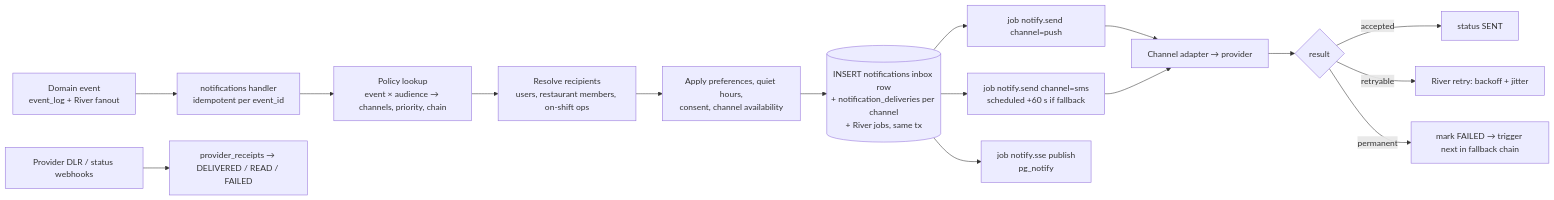
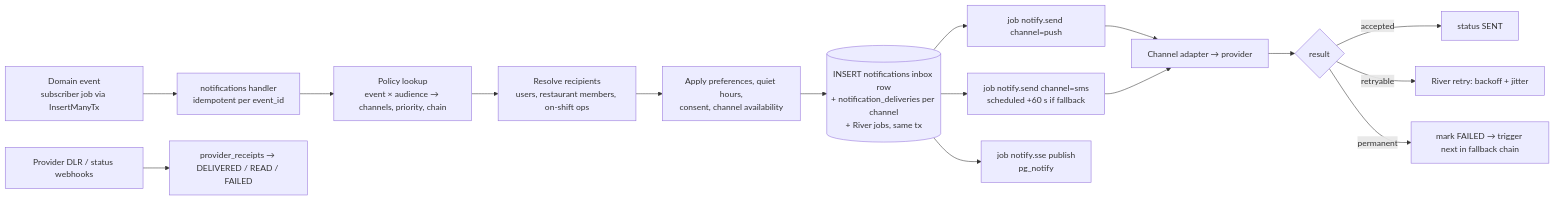
Before and after one commit to storetmobiles2-code/rovo: the first of 3 diagrams in docs/planning/15-notification-architecture.md, drawn with Mermaid. The commit also changed other lines of this file and 3 other files, not shown here.

````diff
--- a/docs/planning/15-notification-architecture.md
+++ b/docs/planning/15-notification-architecture.md
@@ -131,17 +144,17 @@
 ```mermaid
 flowchart LR
-    EV[Domain event<br/>event_log + River fanout] --> H[notifications handler<br/>idempotent per event_id]
+    EV[Domain event<br/>subscriber job via InsertManyTx] --> H[notifications handler<br/>idempotent per event_id]
     H --> POL[Policy lookup<br/>event × audience → channels, priority, chain]
     POL --> REC[Resolve recipients<br/>users, restaurant members, on-shift ops]
     REC --> PREF[Apply preferences, quiet hours,<br/>consent, channel availability]
     PREF --> DB[(INSERT notifications inbox row<br/>+ notification_deliveries per channel<br/>+ River jobs, same tx)]
     DB --> J1[job notify.send channel=push]
     DB --> J2[job notify.send channel=sms<br/>scheduled +60 s if fallback]
     DB --> J3[job notify.sse publish<br/>pg_notify]
     J1 & J2 --> AD[Channel adapter → provider]
     AD --> RES{result}
     RES -->|accepted| ST[status SENT]
     RES -->|retryable| RT[River retry: backoff + jitter]
     RES -->|permanent| FB[mark FAILED → trigger next in fallback chain]
     PROV[Provider DLR / status webhooks] --> RCPT[provider_receipts → DELIVERED / READ / FAILED]
 ```
````
